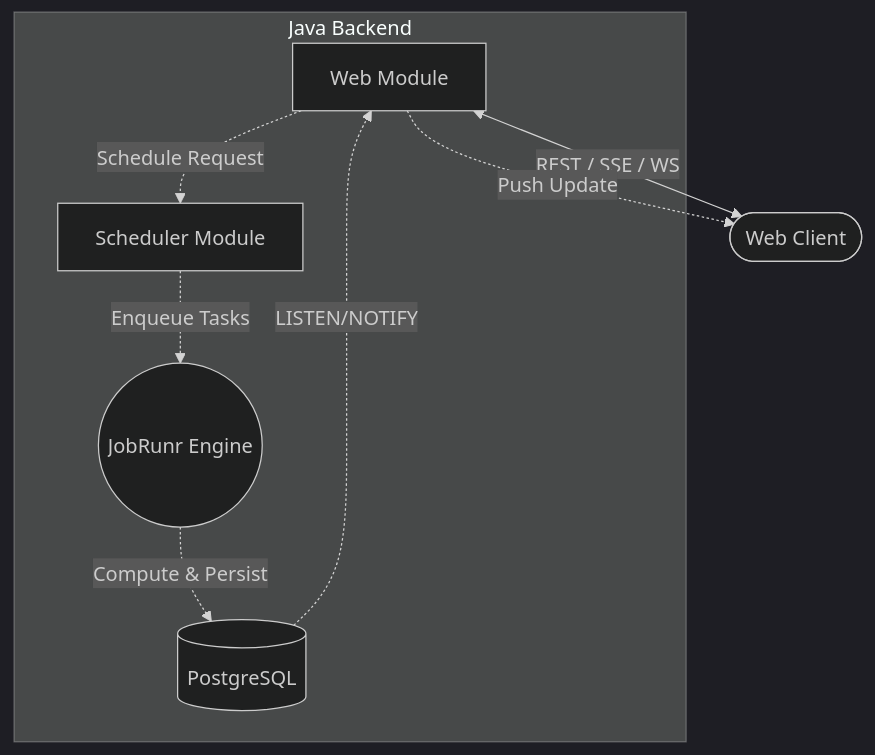
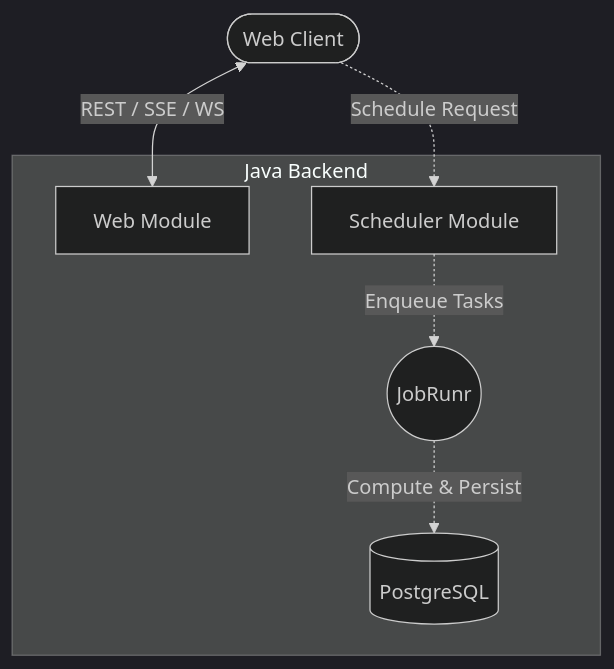
Before and after one commit to mangila/fibonacci: the diagram in java/README.md, drawn with Mermaid (dark theme).

````diff
--- a/java/README.md
+++ b/java/README.md
@@ -22,16 +22,14 @@
 ```mermaid
 graph TD
     subgraph "Java Backend"
         Web[Web Module]
         Scheduler[Scheduler Module]
         DB[(PostgreSQL)]
-        JobRunr((JobRunr Engine))
+        JobRunr((JobRunr))
     end
 
     User([Web Client]) <-->|REST / SSE / WS| Web
-    Web -.->|Schedule Request| Scheduler
+    User([Web Client]) -.->|Schedule Request| Scheduler
     Scheduler -.->|Enqueue Tasks| JobRunr
     JobRunr -.->|Compute & Persist| DB
-    DB -.->|LISTEN/NOTIFY| Web
-    Web -.->|Push Update| User
 ```
````
